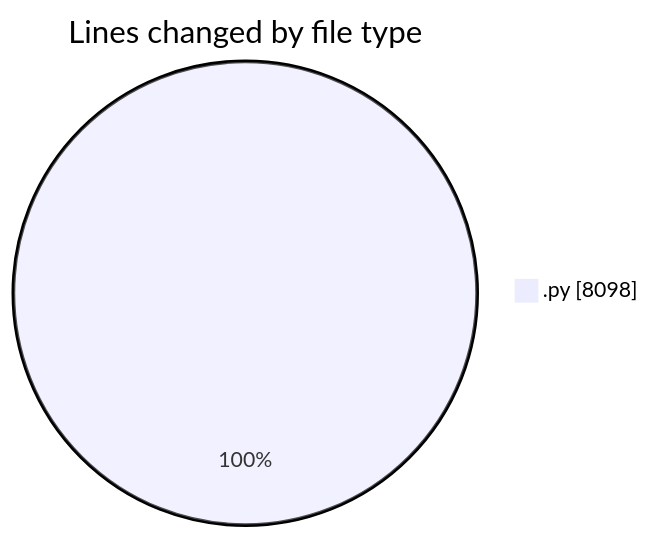
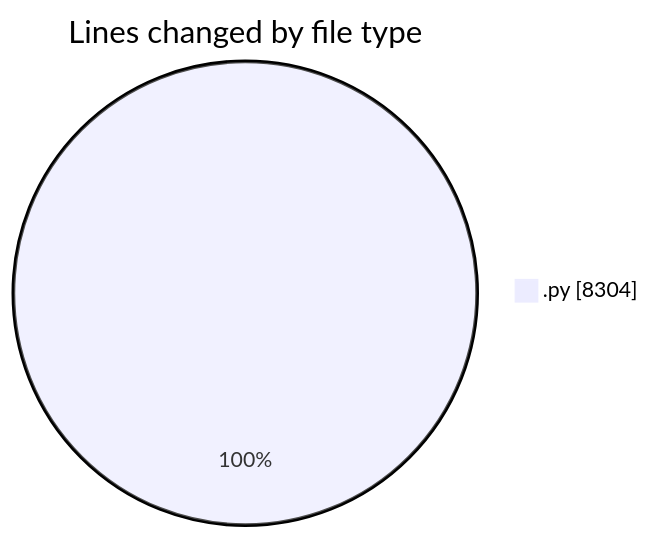
One commit to MatusMokan/code-tracking changed the first of 2 diagrams in 2025-04-18/myws__workspace_/README.md. Above: the diagram before and after it, drawn with Mermaid. The commit also changed other lines of this file and 1 other file, not shown here.

````diff
--- a/2025-04-18/myws__workspace_/README.md
+++ b/2025-04-18/myws__workspace_/README.md
@@ -27,5 +28,5 @@
 ```mermaid
 pie showData
 title Lines changed by file type
-".py" : 8098
+".py" : 8304
 ```
````
